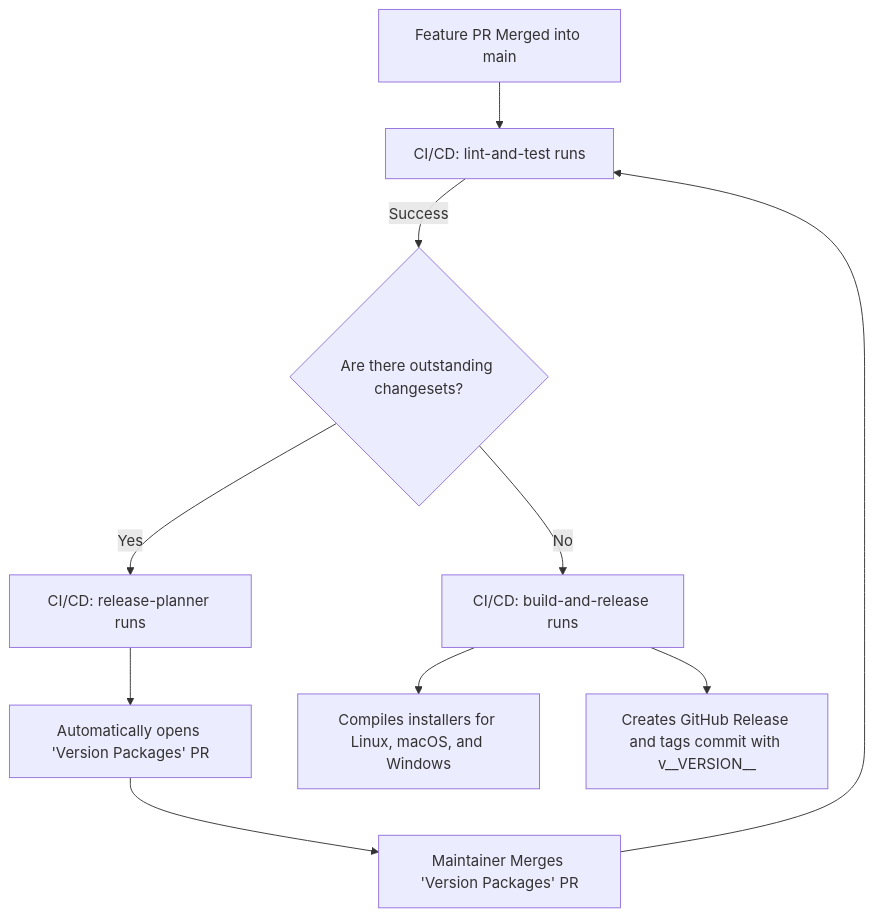
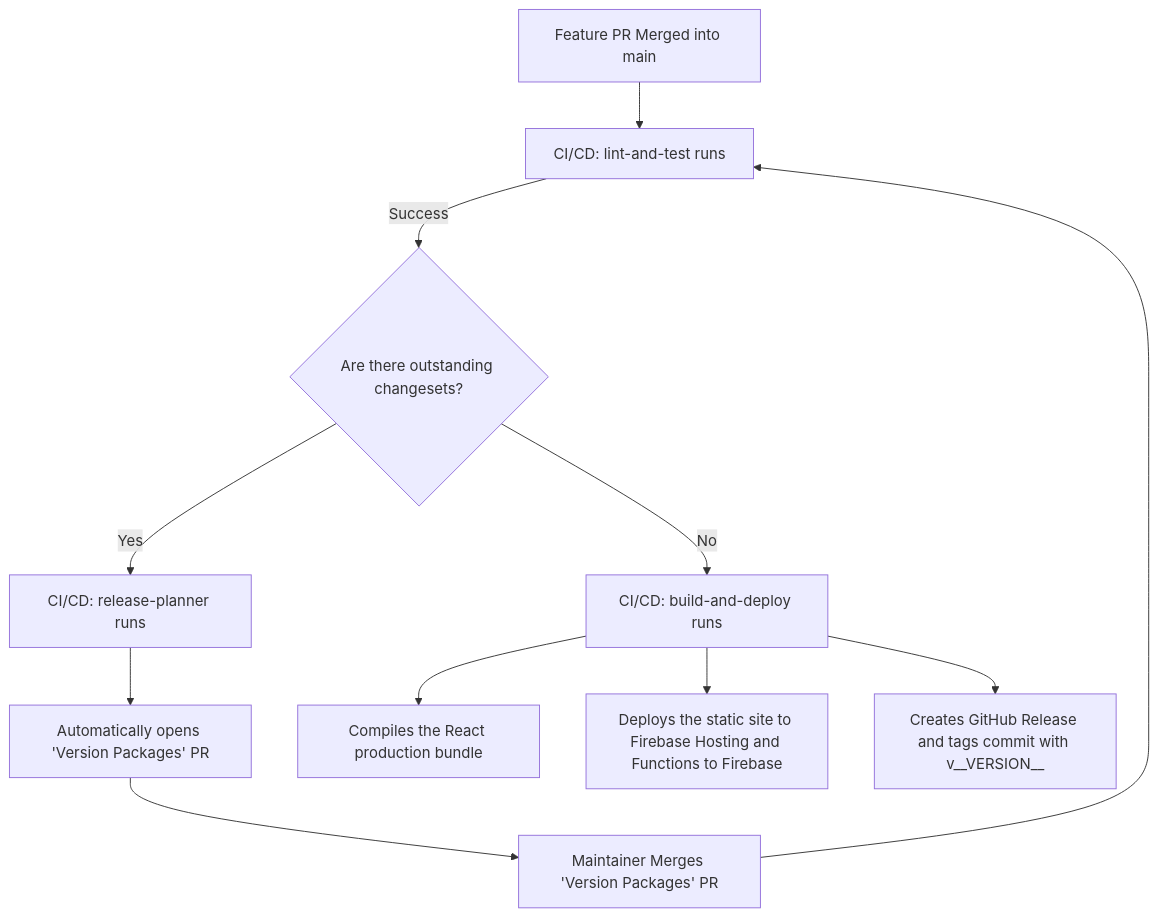
Before and after one commit to MiguelCiav/chil: the diagram in docs/CONTRIBUTING.md, drawn with Mermaid. The commit also changed other lines of this file and 101 other files, not shown here.

Commit message:
feat(backend): migrate database and scraping functions to Firebase

````diff
--- a/docs/CONTRIBUTING.md
+++ b/docs/CONTRIBUTING.md
@@ -84,12 +84,13 @@
 ```mermaid
 graph TD
     A[Feature PR Merged into main] --> B[CI/CD: lint-and-test runs]
     B -->|Success| C{Are there outstanding changesets?}
     C -->|Yes| D[CI/CD: release-planner runs]
     D --> E[Automatically opens 'Version Packages' PR]
     E --> F[Maintainer Merges 'Version Packages' PR]
     F --> B
-    C -->|No| G[CI/CD: build-and-release runs]
-    G --> H[Compiles installers for Linux, macOS, and Windows]
-    G --> I[Creates GitHub Release and tags commit with v__VERSION__]
+    C -->|No| G[CI/CD: build-and-deploy runs]
+    G --> H[Compiles the React production bundle]
+    G --> I[Deploys the static site to Firebase Hosting and Functions to Firebase]
+    G --> J[Creates GitHub Release and tags commit with v__VERSION__]
 ```
````
